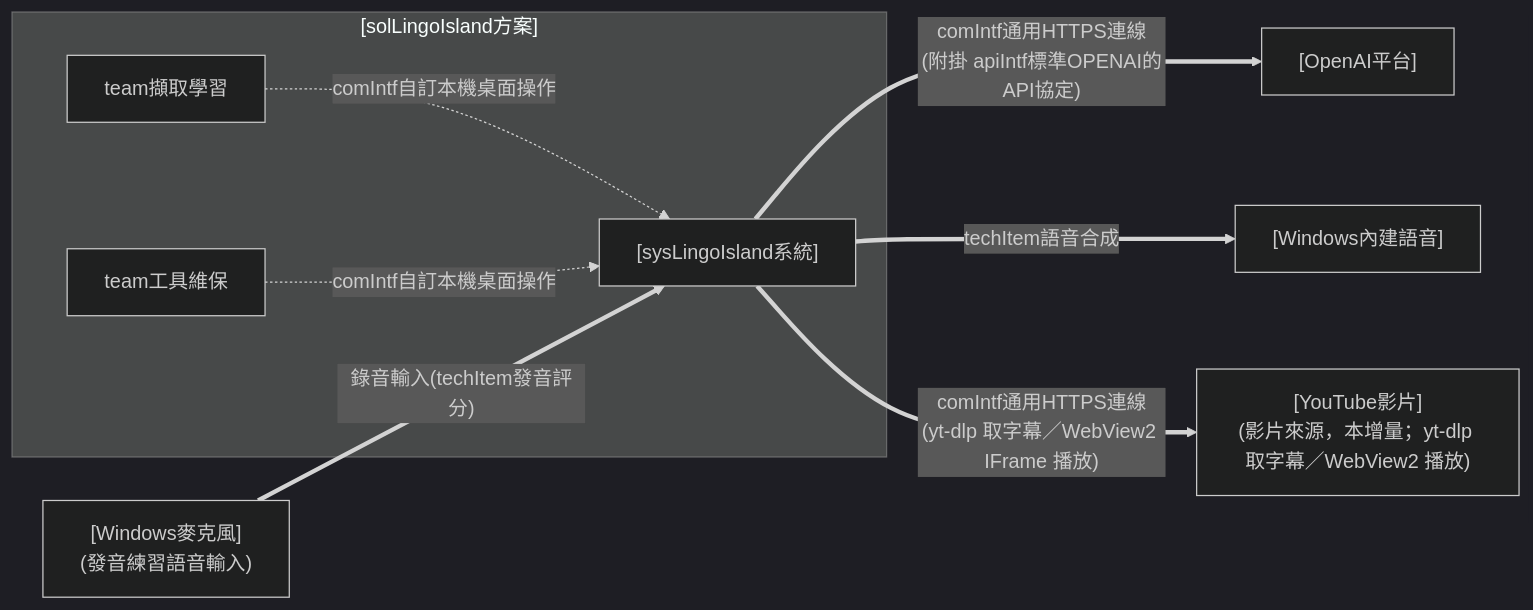
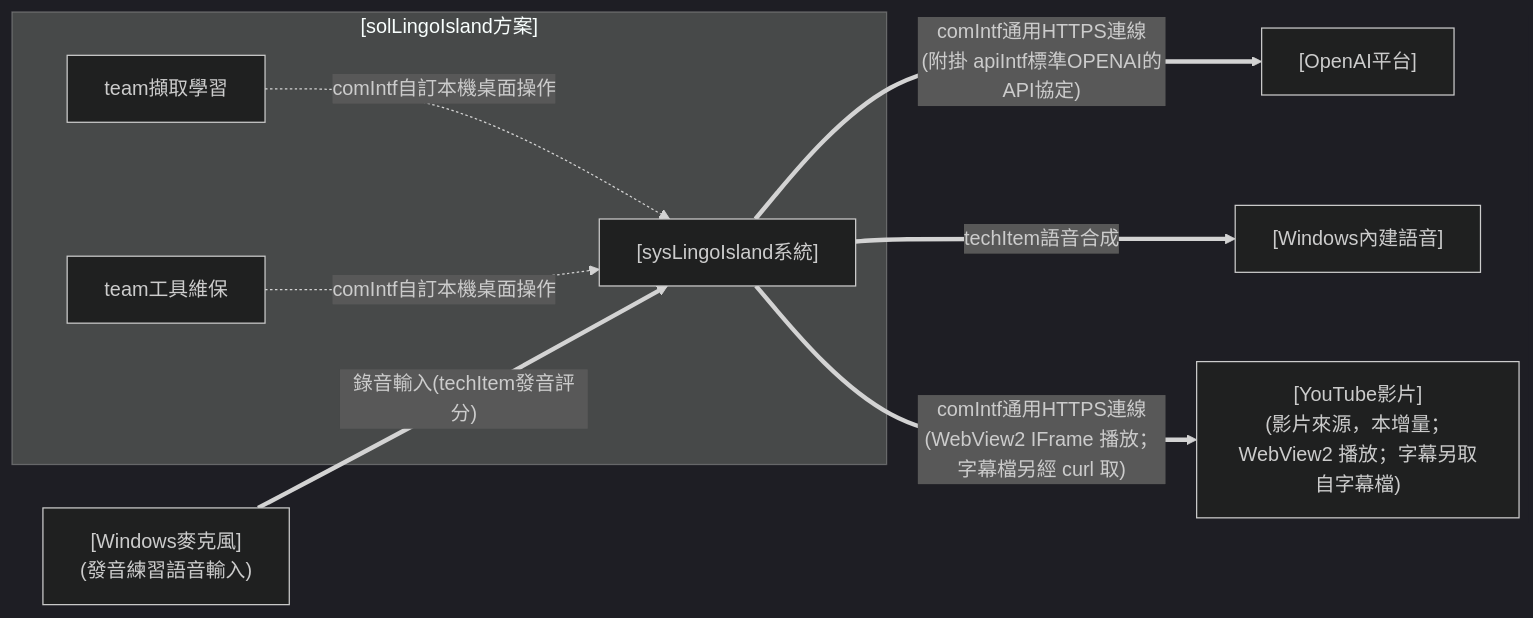
One commit to twStellerWhale-Ocean2/solLingoIsland changed the third of 6 diagrams in docs/design.md. Above: the diagram before and after it, drawn with Mermaid (dark theme). The commit also changed other lines of this file and 12 other files, not shown here.

````diff
--- a/docs/design.md
+++ b/docs/design.md
@@ -225,20 +225,20 @@
 ```mermaid
 flowchart LR
 
 subgraph SOL["[solLingoIsland方案]"]
   T1["team擷取學習"]
   T2["team工具維保"]
   SYS["[sysLingoIsland系統]"]
   T1 -.->|"comIntf自訂本機桌面操作"| SYS
   T2 -.->|"comIntf自訂本機桌面操作"| SYS
 end
 
 OPENAI["[OpenAI平台]"]
 SPEECH["[Windows內建語音]"]
 MIC["[Windows麥克風]<br/>(發音練習語音輸入)"]
 SYS ==>|"comIntf通用HTTPS連線<br/>(附掛 apiIntf標準OPENAI的API協定)"| OPENAI
 SYS ==>|"techItem語音合成"| SPEECH
 MIC ==>|"錄音輸入(techItem發音評分)"| SYS
-YT["[YouTube影片]<br/>(影片來源，本增量；yt-dlp 取字幕／WebView2 播放)"]
-SYS ==>|"comIntf通用HTTPS連線<br/>(yt-dlp 取字幕／WebView2 IFrame 播放)"| YT
+YT["[YouTube影片]<br/>(影片來源，本增量；WebView2 播放；字幕另取自字幕檔)"]
+SYS ==>|"comIntf通用HTTPS連線<br/>(WebView2 IFrame 播放；字幕檔另經 curl 取)"| YT
 ```
````
